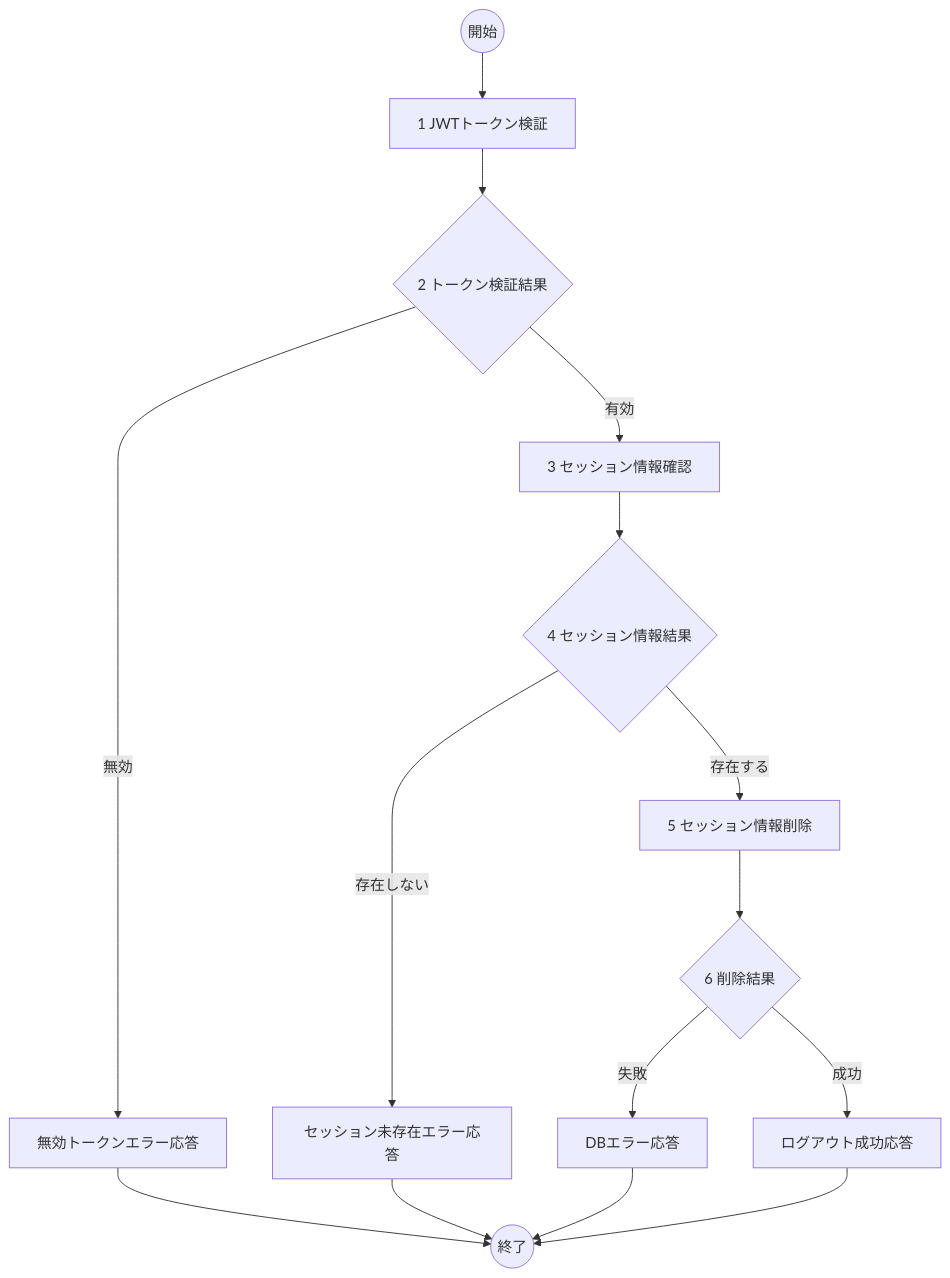
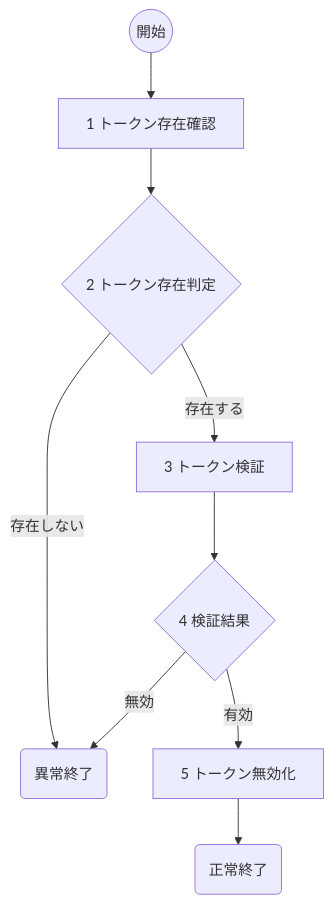
The second of 2 diagrams in sample/detail/func/ログアウト.U03.md (HatoriIchigo/C3-cli-full), drawn with Mermaid before and after one commit. The commit also changed other lines of this file and 31 other files, not shown here.

````diff
--- a/sample/detail/func/ログアウト.U03.md
+++ b/sample/detail/func/ログアウト.U03.md
@@ -35,17 +25,11 @@
 ```mermaid
 graph TD;
-    Start((開始)) --> TokenValidation[1 JWTトークン検証];
-    TokenValidation --> ValidationResult{2 トークン検証結果};
-    ValidationResult -- 無効 --> TokenError[無効トークンエラー応答];
-    ValidationResult -- 有効 --> SessionCheck[3 セッション情報確認];
-    SessionCheck --> SessionResult{4 セッション情報結果};
-    SessionResult -- 存在しない --> NotFoundError[セッション未存在エラー応答];
-    SessionResult -- 存在する --> SessionDelete[5 セッション情報削除];
-    SessionDelete --> DeleteResult{6 削除結果};
-    DeleteResult -- 失敗 --> DatabaseError[DBエラー応答];
-    DeleteResult -- 成功 --> Success[ログアウト成功応答];
-    TokenError --> End((終了));
-    NotFoundError --> End;
-    DatabaseError --> End;
-    Success --> End;
+    Start((開始)) --> TokenCheck[1 トークン存在確認];
+    TokenCheck --> TokenResult{2 トークン存在判定};
+    TokenResult -- 存在しない --> Fail(異常終了);
+    TokenResult -- 存在する --> TokenVerify[3 トークン検証];
+    TokenVerify --> VerifyResult{4 検証結果};
+    VerifyResult -- 無効 --> Fail;
+    VerifyResult -- 有効 --> TokenInvalidate[5 トークン無効化];
+    TokenInvalidate --> Success(正常終了);
 ```
````
